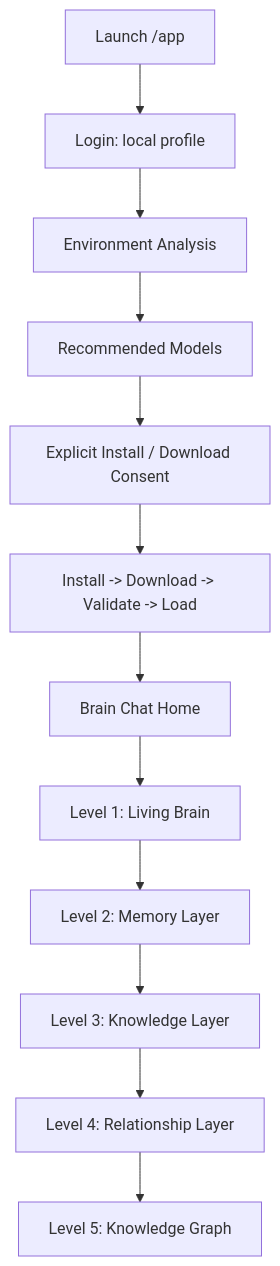
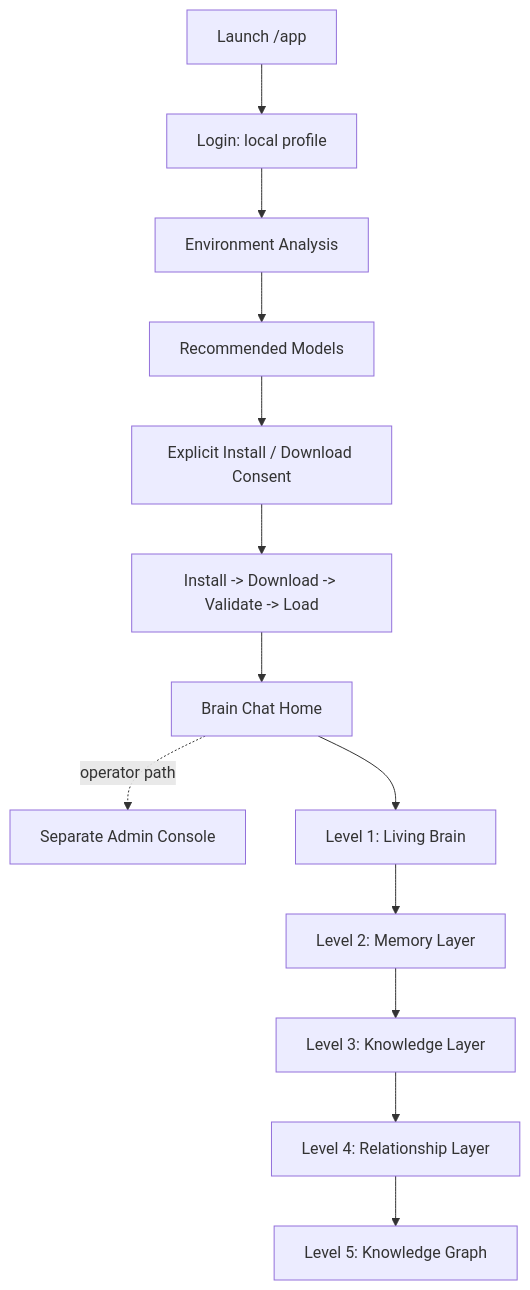
The second of 10 diagrams in ARCHITECTURE.md (TaeSooPark-PTS/LatticeAI), drawn with Mermaid before and after one commit. The commit also changed other lines of this file and 57 other files, not shown here.

````diff
--- a/ARCHITECTURE.md
+++ b/ARCHITECTURE.md
@@ -33,14 +33,15 @@
 ```mermaid
 flowchart TD
   Start["Launch /app"] --> Login["Login: local profile"]
   Login --> Analysis["Environment Analysis"]
   Analysis --> Recommend["Recommended Models"]
   Recommend --> Consent["Explicit Install / Download Consent"]
   Consent --> Prepare["Install -> Download -> Validate -> Load"]
   Prepare --> BrainChat["Brain Chat Home"]
+  BrainChat -. operator path .-> Admin["Separate Admin Console"]
   BrainChat --> Depth1["Level 1: Living Brain"]
   Depth1 --> Depth2["Level 2: Memory Layer"]
   Depth2 --> Depth3["Level 3: Knowledge Layer"]
   Depth3 --> Depth4["Level 4: Relationship Layer"]
   Depth4 --> Depth5["Level 5: Knowledge Graph"]
 ```
````
